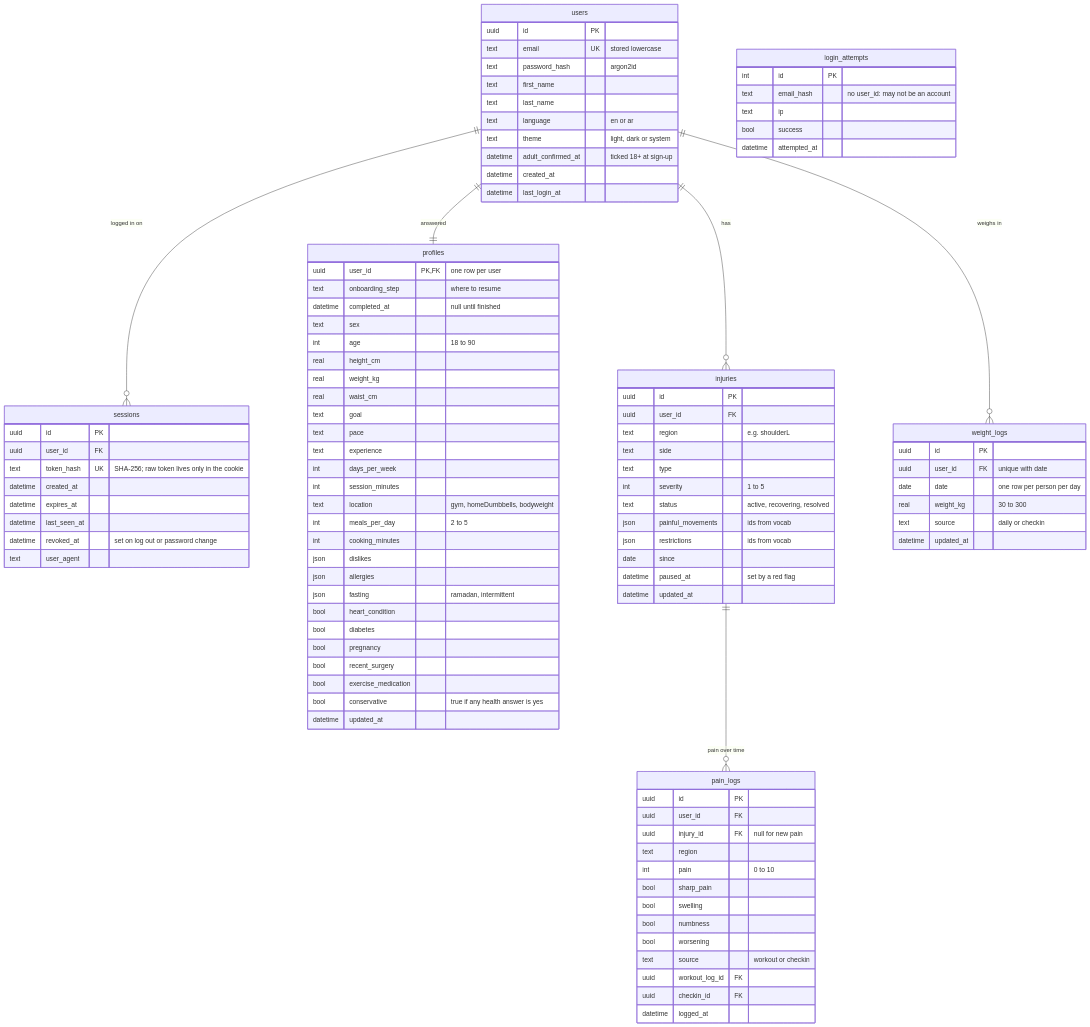
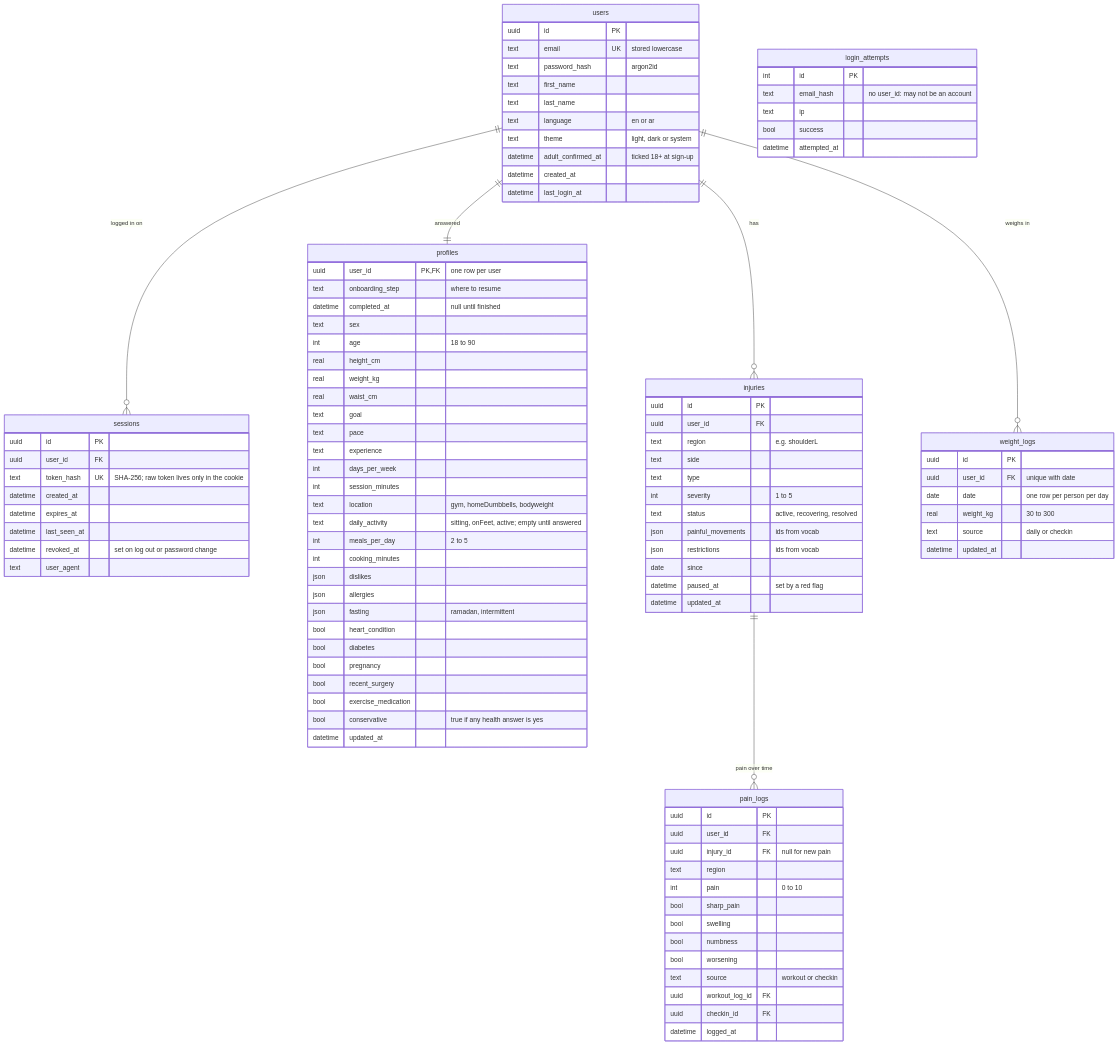
The first of 5 diagrams in docs/database.md (mohussein5555091-hue/rafeqi), drawn with Mermaid before and after one commit. The commit also changed other lines of this file and 39 other files, not shown here.

```diff
--- a/docs/database.md
+++ b/docs/database.md
@@ -57,6 +57,7 @@
     int days_per_week
     int session_minutes
     text location "gym, homeDumbbells, bodyweight"
+    text daily_activity "sitting, onFeet, active; empty until answered"
     int meals_per_day "2 to 5"
     int cooking_minutes
     json dislikes
```
